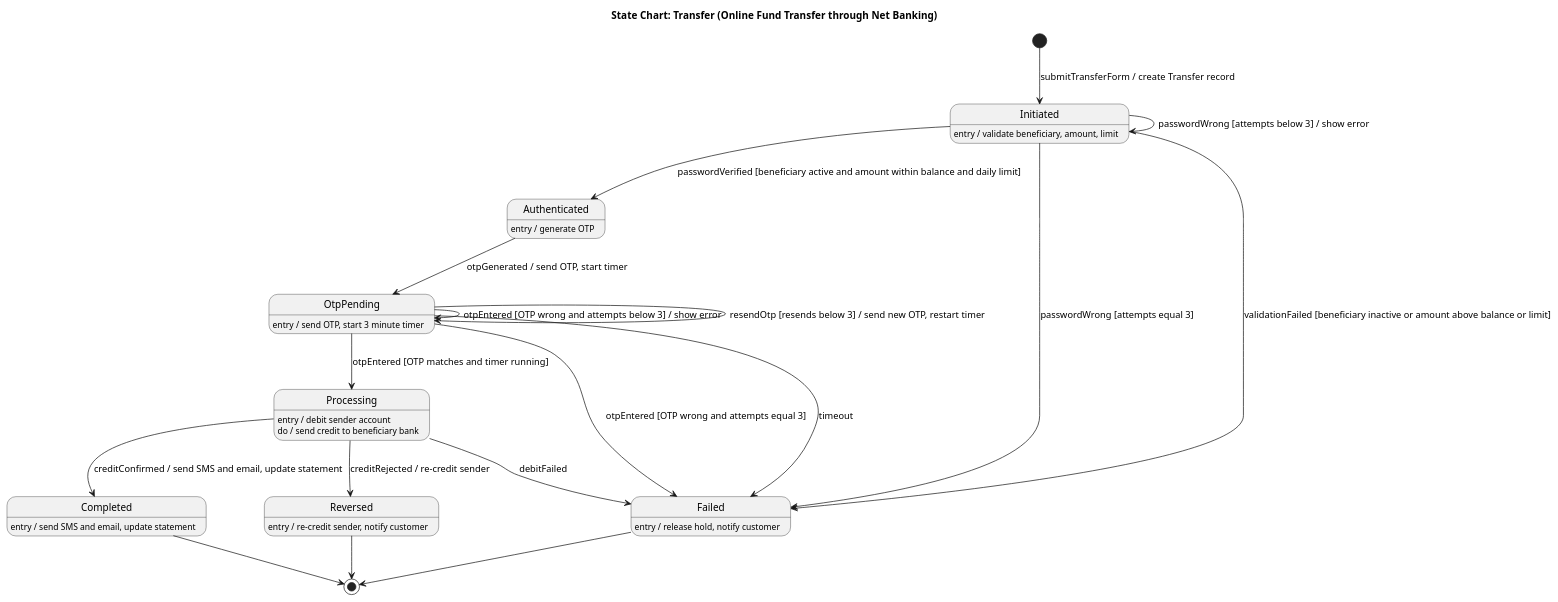
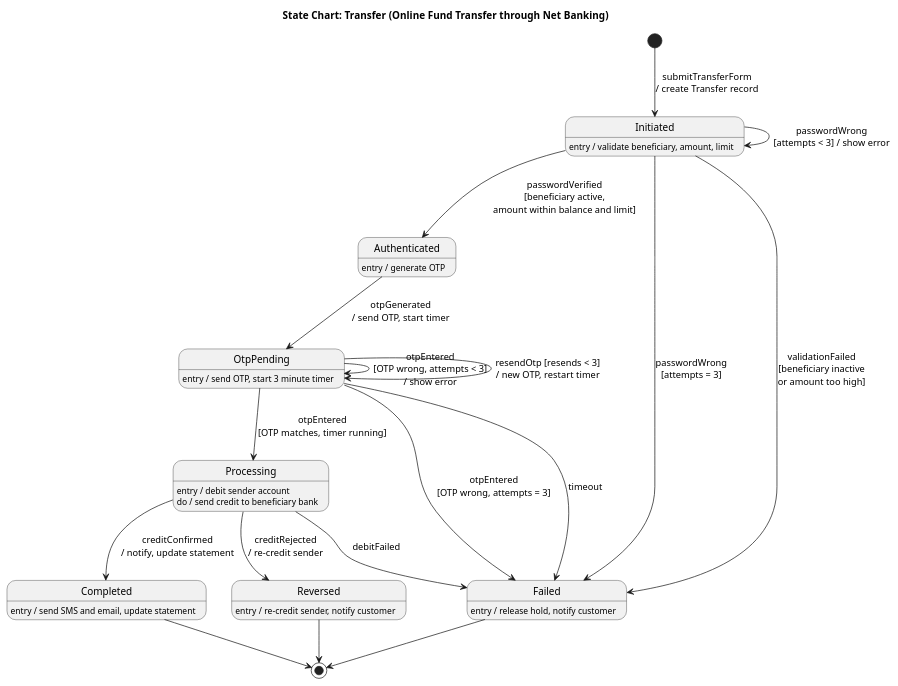
The diagram in public/code/mcsl-222/section-1/session-6/fund_transfer_state.puml (theetherGit/mca-ignou-labs), drawn with PlantUML before and after one commit. The commit also changed 33 other files, not shown here.

First line of the commit message:
feat(diagrams): print-legible layouts; wide pictures print sideways

```diff
--- a/public/code/mcsl-222/section-1/session-6/fund_transfer_state.puml
+++ b/public/code/mcsl-222/section-1/session-6/fund_transfer_state.puml
@@ -1,29 +1,29 @@
 @startuml
 title State Chart: Transfer (Online Fund Transfer through Net Banking)
-[*] --> Initiated : submitTransferForm / create Transfer record
+[*] --> Initiated : submitTransferForm\n/ create Transfer record
 Initiated : entry / validate beneficiary, amount, limit
 Authenticated : entry / generate OTP
 OtpPending : entry / send OTP, start 3 minute timer
 Processing : entry / debit sender account
 Processing : do / send credit to beneficiary bank
 Completed : entry / send SMS and email, update statement
 Failed : entry / release hold, notify customer
 Reversed : entry / re-credit sender, notify customer
 
-Initiated --> Authenticated : passwordVerified [beneficiary active and amount within balance and daily limit]
-Initiated --> Initiated : passwordWrong [attempts below 3] / show error
-Initiated --> Failed : passwordWrong [attempts equal 3]
-Initiated --> Failed : validationFailed [beneficiary inactive or amount above balance or limit]
-Authenticated --> OtpPending : otpGenerated / send OTP, start timer
-OtpPending --> Processing : otpEntered [OTP matches and timer running]
-OtpPending --> OtpPending : otpEntered [OTP wrong and attempts below 3] / show error
-OtpPending --> OtpPending : resendOtp [resends below 3] / send new OTP, restart timer
-OtpPending --> Failed : otpEntered [OTP wrong and attempts equal 3]
+Initiated --> Authenticated : passwordVerified\n[beneficiary active,\namount within balance and limit]
+Initiated --> Initiated : passwordWrong\n[attempts < 3] / show error
+Initiated --> Failed : passwordWrong\n[attempts = 3]
+Initiated --> Failed : validationFailed\n[beneficiary inactive\nor amount too high]
+Authenticated --> OtpPending : otpGenerated\n/ send OTP, start timer
+OtpPending --> Processing : otpEntered\n[OTP matches, timer running]
+OtpPending --> OtpPending : otpEntered\n[OTP wrong, attempts < 3]\n/ show error
+OtpPending --> OtpPending : resendOtp [resends < 3]\n/ new OTP, restart timer
+OtpPending --> Failed : otpEntered\n[OTP wrong, attempts = 3]
 OtpPending --> Failed : timeout
-Processing --> Completed : creditConfirmed / send SMS and email, update statement
+Processing --> Completed : creditConfirmed\n/ notify, update statement
 Processing --> Failed : debitFailed
-Processing --> Reversed : creditRejected / re-credit sender
+Processing --> Reversed : creditRejected\n/ re-credit sender
 Completed --> [*]
 Failed --> [*]
 Reversed --> [*]
 @enduml
```
